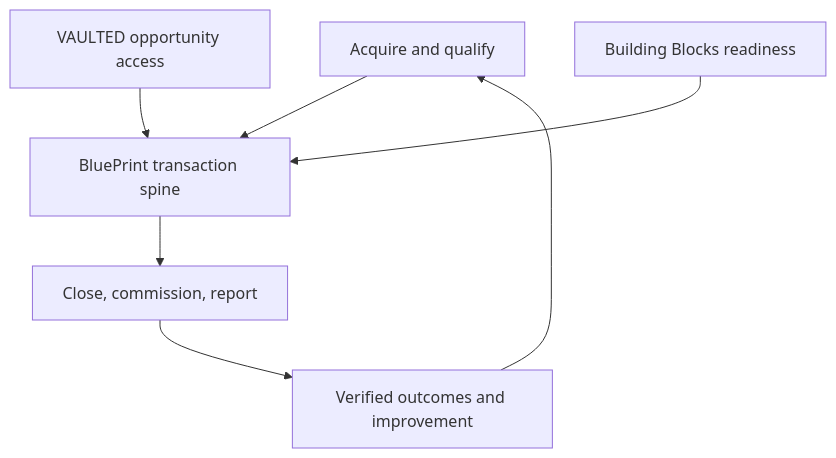
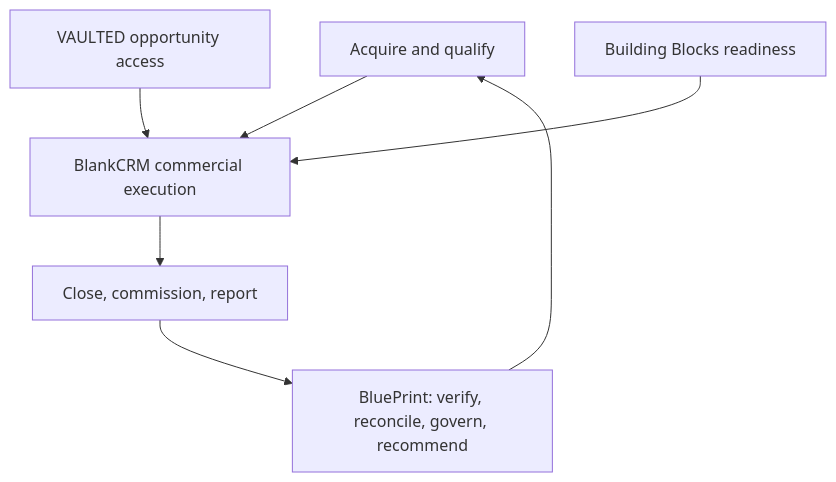
The diagram in second_brain/01_Canon/15 - Ecosystem Executive Summary.md (esteban123210/Dproperty_OS), drawn with Mermaid before and after one commit. The commit also changed other lines of this file and 200 other files, not shown here.

Commit message:
Align BlankCRM execution and BluePrint management architecture

````diff
--- a/second_brain/01_Canon/15 - Ecosystem Executive Summary.md
+++ b/second_brain/01_Canon/15 - Ecosystem Executive Summary.md
@@ -16,9 +16,9 @@
 ```mermaid
 flowchart TD
-    A["Acquire and qualify"] --> B["BluePrint transaction spine"]
+    A["Acquire and qualify"] --> B["BlankCRM commercial execution"]
     C["VAULTED opportunity access"] --> B
     D["Building Blocks readiness"] --> B
     B --> E["Close, commission, report"]
-    E --> F["Verified outcomes and improvement"]
+    E --> F["BluePrint: verify, reconcile, govern, recommend"]
     F --> A
 ```
````
